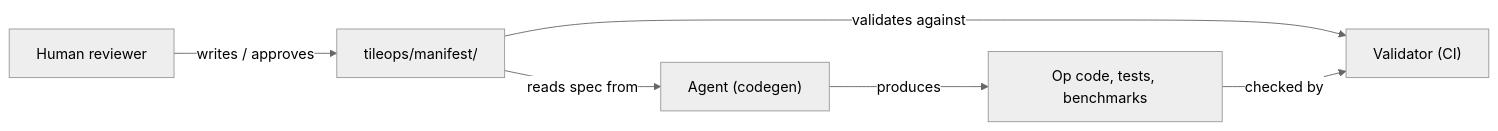
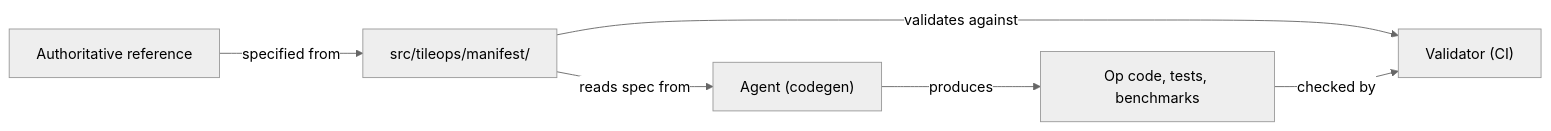
One commit to tile-ai/tilelang-sunrise changed the diagram in downstream/tileops_sunrise/docs/design/manifest.md. Above: the diagram before and after it, drawn with Mermaid (neutral theme). The commit also changed other lines of this file and 1651 other files, not shown here.

````diff
--- a/downstream/tileops_sunrise/docs/design/manifest.md
+++ b/downstream/tileops_sunrise/docs/design/manifest.md
@@ -15,8 +15,8 @@
 ```mermaid
 flowchart LR
-    H["Human reviewer"] -->|writes / approves| M["tileops/manifest/"]
+    R["Authoritative reference"] -->|specified from| M["src/tileops/manifest/"]
     M -->|reads spec from| A["Agent (codegen)"]
     A -->|produces| C["Op code, tests, benchmarks"]
     M -->|validates against| V["Validator (CI)"]
     C -->|checked by| V
 ```
````
